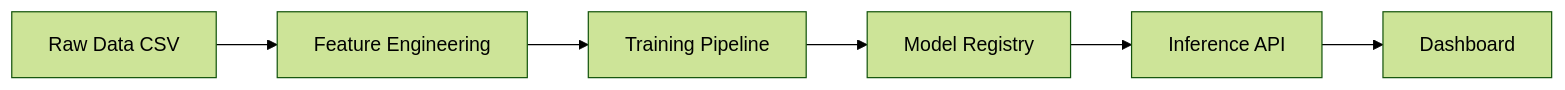
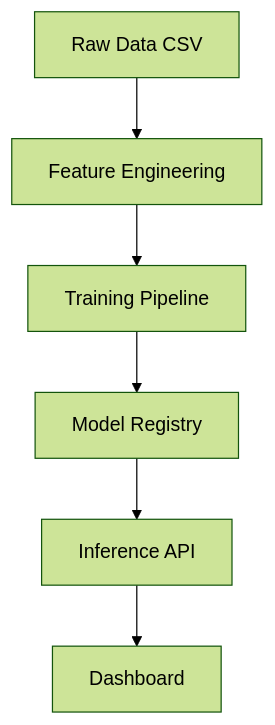
Before and after one commit to DuqueOM/ML-MLOps-Portfolio: the diagram in CarVision-Market-Intelligence/README.md, drawn with Mermaid (forest theme). The commit also changed 2 other files, not shown here.

Commit message:
update links

````diff
--- a/CarVision-Market-Intelligence/README.md
+++ b/CarVision-Market-Intelligence/README.md
@@ -46,8 +46,8 @@
 ```mermaid
-flowchart LR
+flowchart TD
     A[Raw Data CSV] --> B[Feature Engineering]
     B --> C[Training Pipeline]
     C --> D[Model Registry]
     D --> E[Inference API]
     E --> F[Dashboard]
 ```
````
